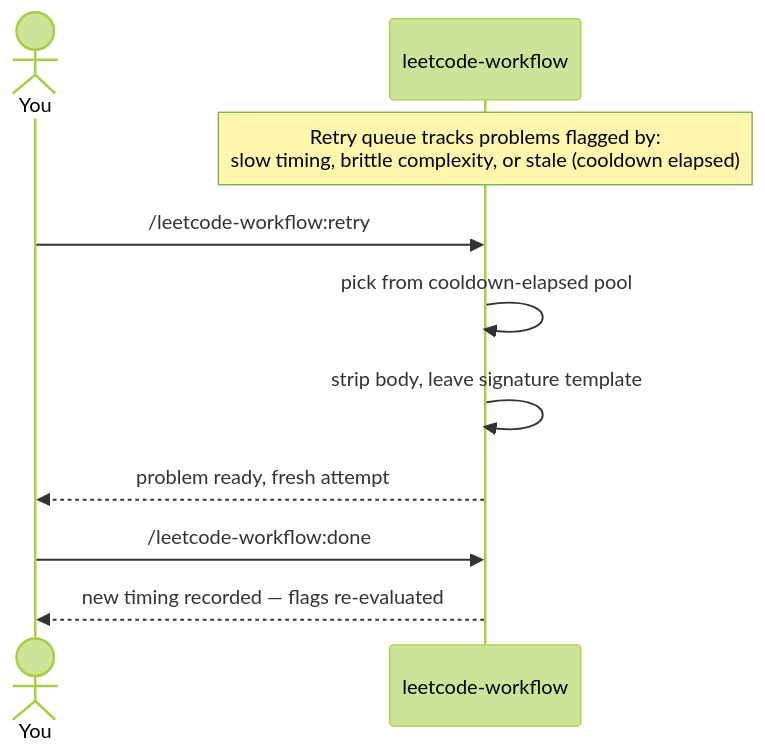
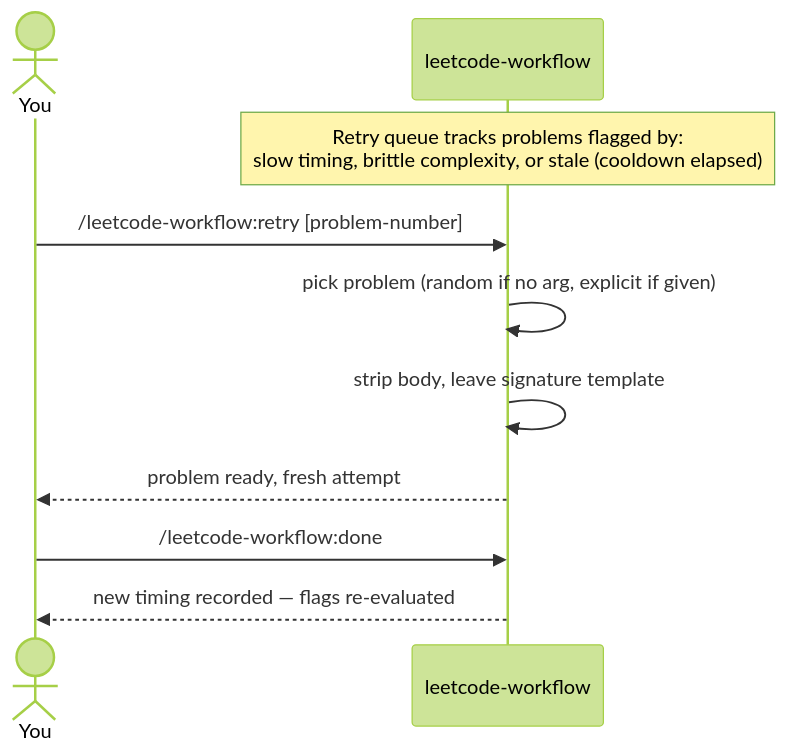
The third of 3 diagrams in README.md (lazyexpert/leetcode-workflow), drawn with Mermaid (forest theme) before and after one commit. The commit also changed other lines of this file, not shown here.

````diff
--- a/README.md
+++ b/README.md
@@ -104,13 +106,13 @@
 ```mermaid
 sequenceDiagram
     actor You
     participant Plugin as leetcode-workflow
 
     Note over Plugin: Retry queue tracks problems flagged by:<br/>slow timing, brittle complexity, or stale (cooldown elapsed)
-    You->>Plugin: /leetcode-workflow:retry
-    Plugin->>Plugin: pick from cooldown-elapsed pool
+    You->>Plugin: /leetcode-workflow:retry [problem-number]
+    Plugin->>Plugin: pick problem (random if no arg, explicit if given)
     Plugin->>Plugin: strip body, leave signature template
     Plugin-->>You: problem ready, fresh attempt
     You->>Plugin: /leetcode-workflow:done
     Plugin-->>You: new timing recorded — flags re-evaluated
 ```
````
